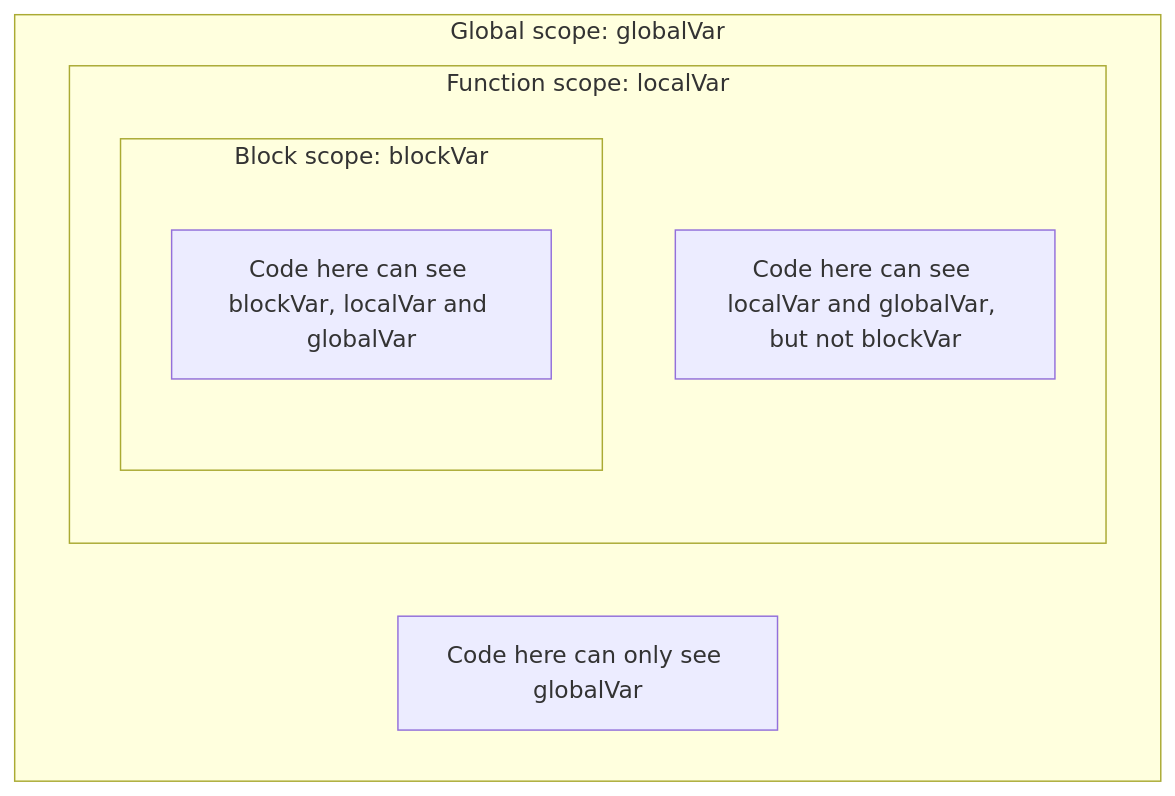
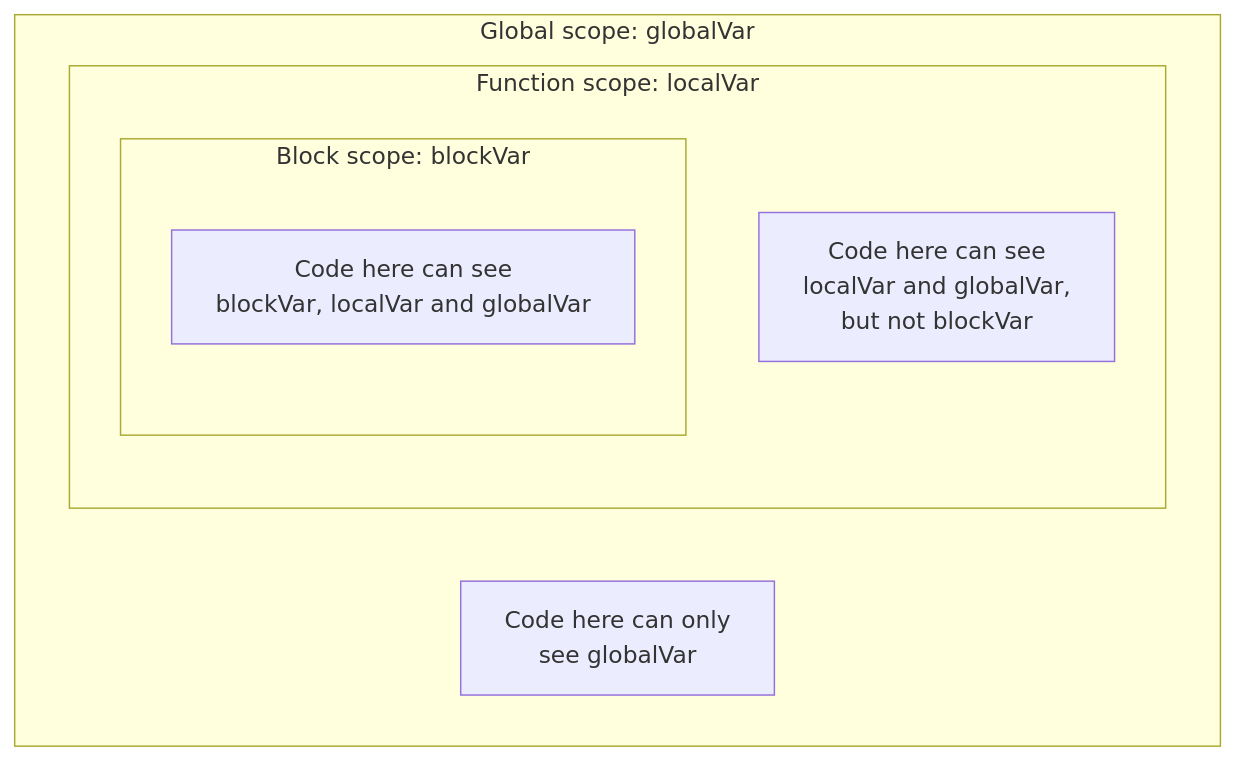
Before and after one commit to renatolinsdigital/javascript-quickstart: the sixth of 16 diagrams in README.md, drawn with Mermaid. The commit also changed other lines of this file, not shown here.

Commit message:
adds a revision to mermaid graphs

````diff
--- a/README.md
+++ b/README.md
@@ -977,12 +997,17 @@
 ```mermaid
+---
+config:
+  flowchart:
+    wrappingWidth: 1000
+---
 flowchart TB
     subgraph GLOBAL["Global scope: globalVar"]
         subgraph FUNC["Function scope: localVar"]
             subgraph BLOCK["Block scope: blockVar"]
-                CODE["Code here can see blockVar, localVar and globalVar"]
+                CODE["Code here can see<br/>blockVar, localVar and globalVar"]
             end
-            FCODE["Code here can see localVar and globalVar, but not blockVar"]
+            FCODE["Code here can see<br/>localVar and globalVar,<br/>but not blockVar"]
         end
-        GCODE["Code here can only see globalVar"]
+        GCODE["Code here can only<br/>see globalVar"]
     end
 ```
````
